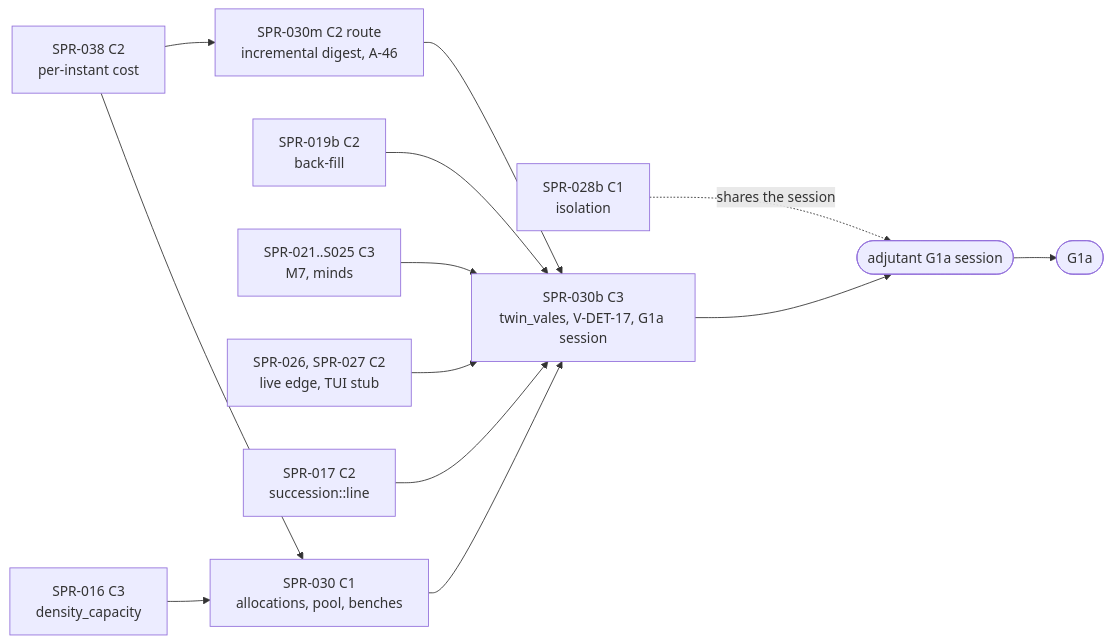
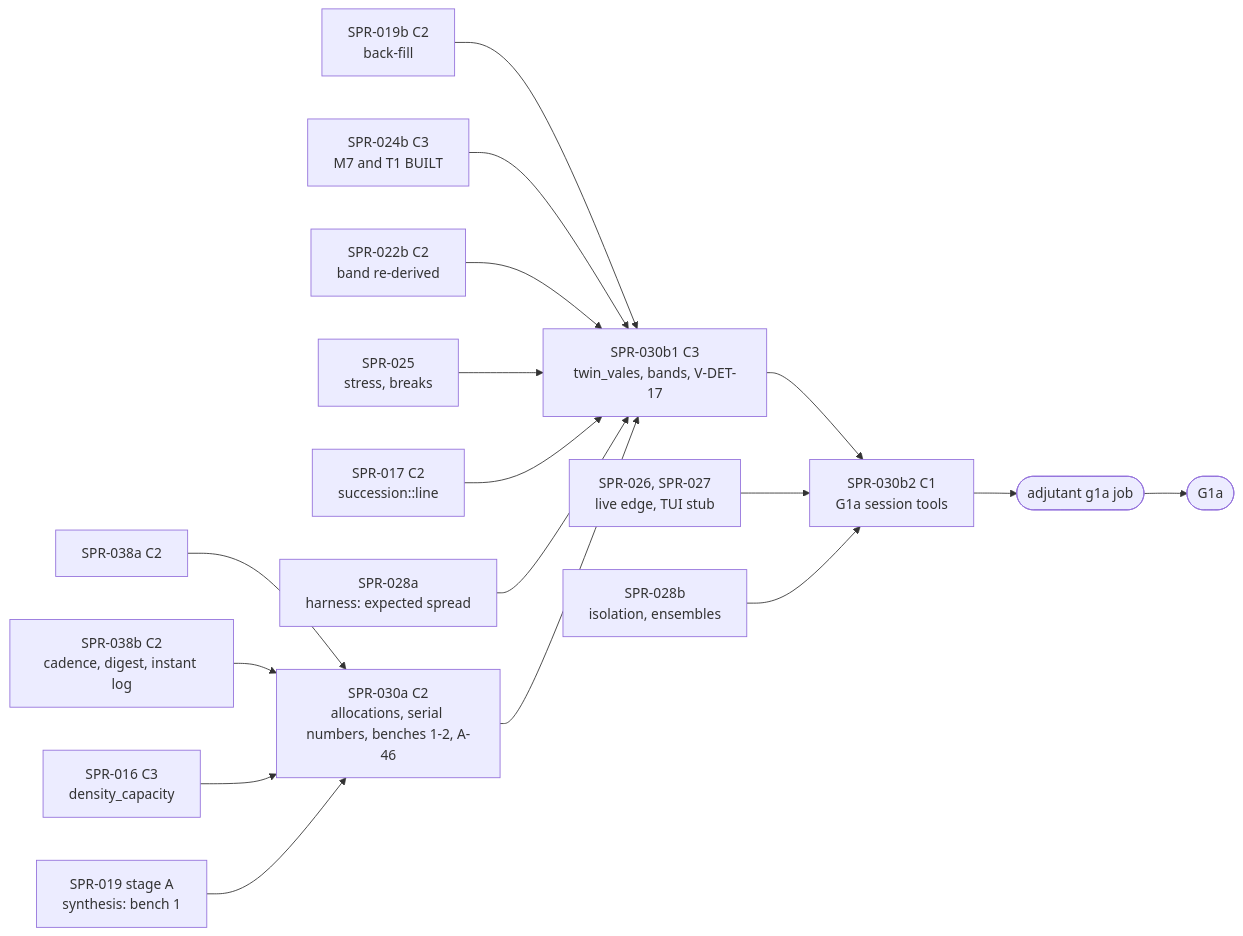
Before and after one commit to BigRigVibeCoder/Rehoboam: the diagram in CODEX/05_PROJECT/SPR-030_ScaleAndGoldens.md, drawn with Mermaid. The commit also changed other lines of this file and 6 other files, not shown here.

````diff
--- a/CODEX/05_PROJECT/SPR-030_ScaleAndGoldens.md
+++ b/CODEX/05_PROJECT/SPR-030_ScaleAndGoldens.md
@@ -323,15 +321,19 @@
 ```mermaid
 flowchart LR
-  S038[SPR-038 C2<br/>per-instant cost] --> S030[SPR-030 C1<br/>allocations, pool, benches]
-  S016[SPR-016 C3<br/>density_capacity] --> S030
-  S038 --> S030m[SPR-030m C2 route<br/>incremental digest, A-46]
-  S030m --> S030b
-  S019b[SPR-019b C2<br/>back-fill] --> S030b[SPR-030b C3<br/>twin_vales, V-DET-17, G1a session]
-  S021[SPR-021..S025 C3<br/>M7, minds] --> S030b
-  S026[SPR-026, SPR-027 C2<br/>live edge, TUI stub] --> S030b
-  S017[SPR-017 C2<br/>succession::line] --> S030b
-  S030 --> S030b
-  S028b[SPR-028b C1<br/>isolation] -.shares the session.-> ADJ([adjutant G1a session])
-  S030b --> ADJ
+  S038a[SPR-038a C2] --> S030a[SPR-030a C2<br/>allocations, serial numbers, benches 1-2, A-46]
+  S038b[SPR-038b C2<br/>cadence, digest, instant log] --> S030a
+  S016[SPR-016 C3<br/>density_capacity] --> S030a
+  S019[SPR-019 stage A<br/>synthesis: bench 1] --> S030a
+  S019b[SPR-019b C2<br/>back-fill] --> S030b1[SPR-030b1 C3<br/>twin_vales, bands, V-DET-17]
+  S024b[SPR-024b C3<br/>M7 and T1 BUILT] --> S030b1
+  S022b[SPR-022b C2<br/>band re-derived] --> S030b1
+  S025[SPR-025<br/>stress, breaks] --> S030b1
+  S017[SPR-017 C2<br/>succession::line] --> S030b1
+  S028a[SPR-028a<br/>harness: expected spread] --> S030b1
+  S030a --> S030b1
+  S030b1 --> S030b2[SPR-030b2 C1<br/>G1a session tools]
+  S026[SPR-026, SPR-027<br/>live edge, TUI stub] --> S030b2
+  S028b[SPR-028b<br/>isolation, ensembles] --> S030b2
+  S030b2 --> ADJ([adjutant g1a job])
   ADJ --> G1a([G1a])
 ```
````
